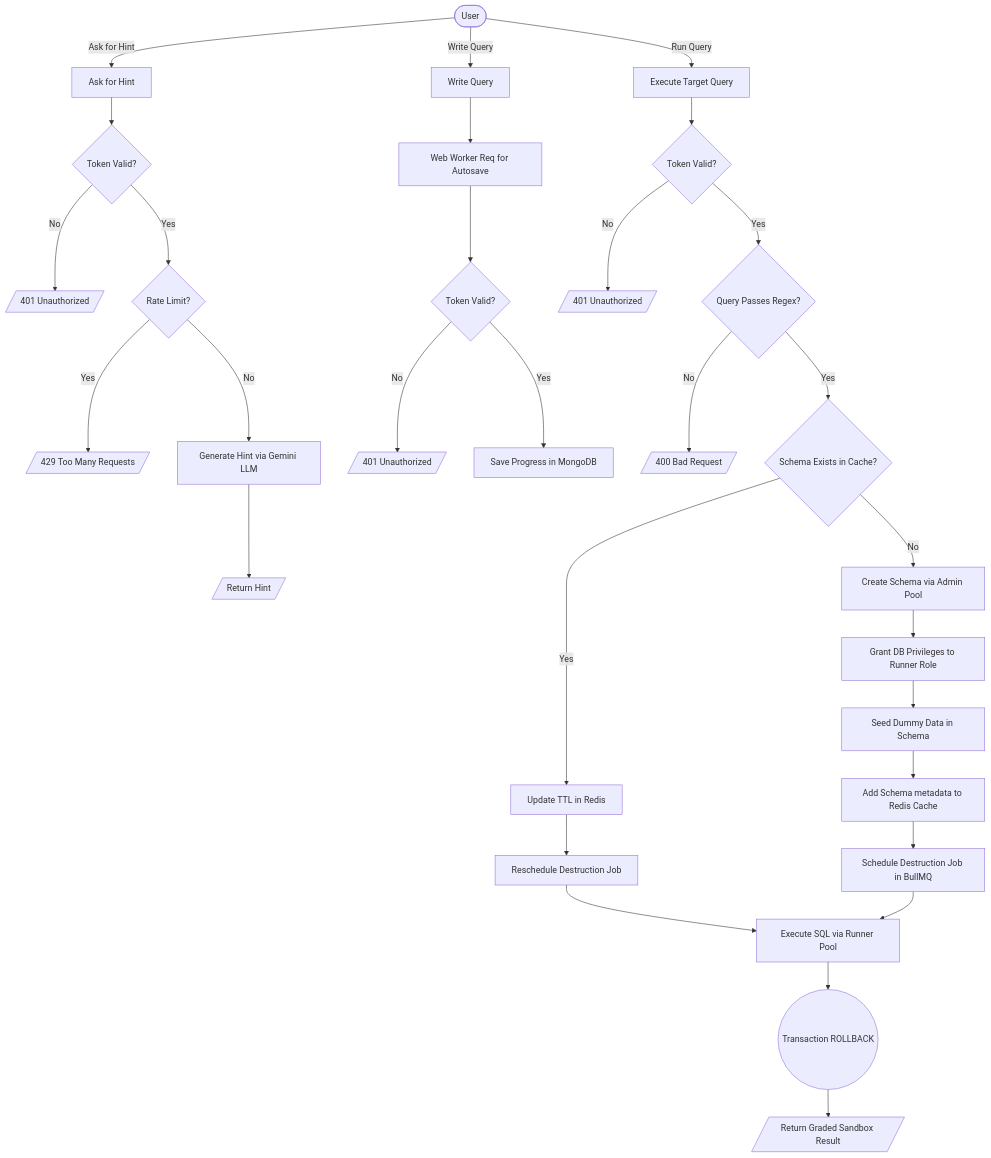
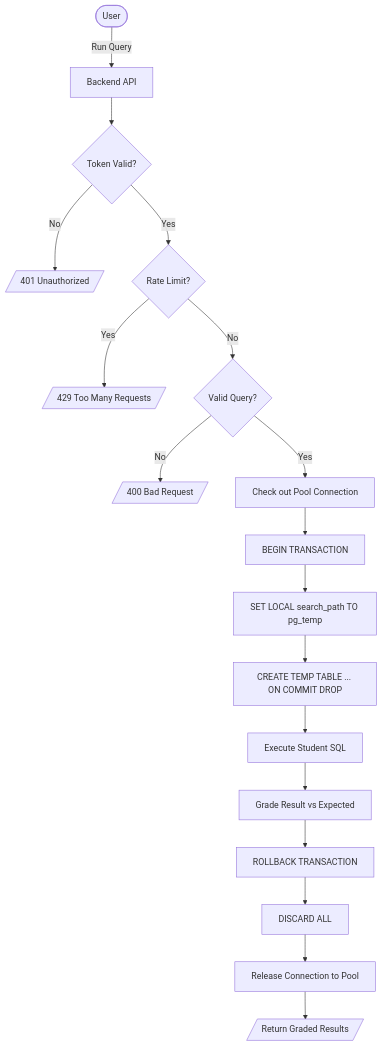
Before and after one commit to AyusGup/sql-web-editor: the second of 2 diagrams in README.md, drawn with Mermaid. The commit also changed other lines of this file and 2 other files, not shown here.

````diff
--- a/README.md
+++ b/README.md
@@ -175,40 +56,25 @@
 ```mermaid
 flowchart TD
-    User([User])
+    User([User]) -->|Run Query| API[Backend API]
+    API --> Token{Token Valid?}
+    Token -- No --> 401Err[/401 Unauthorized/]
     
-    User -->|Ask for Hint| Hint[Ask for Hint]
-    Hint --> TokenHint{Token Valid?}
-    TokenHint -- No --> 401Hint[/401 Unauthorized/]
-    TokenHint -- Yes --> RateLimit{Rate Limit?}
-    RateLimit -- Yes --> 429Hint[/429 Too Many Requests/]
-    RateLimit -- No --> GenHint[Generate Hint via Gemini LLM]
-    GenHint --> RetHint[/Return Hint/]
+    Token -- Yes --> Rate{Rate Limit?}
+    Rate -- Yes --> 429Err[/429 Too Many Requests/]
     
-    User -->|Write Query| Write[Write Query]
-    Write --> WWReq[Web Worker Req for Autosave]
-    WWReq --> TokenSave{Token Valid?}
-    TokenSave -- No --> 401Save[/401 Unauthorized/]
-    TokenSave -- Yes --> SaveDB[Save Progress in MongoDB]
+    Rate -- No --> Valid{Valid Query?}
+    Valid -- No --> 400Err[/400 Bad Request/]
     
-    User -->|Run Query| Run[Execute Target Query]
-    Run --> TokenRun{Token Valid?}
-    TokenRun -- No --> 401Run[/401 Unauthorized/]
-    TokenRun -- Yes --> Validation{Query Passes Regex?}
-    Validation -- No --> 400Run[/400 Bad Request/]
-    Validation -- Yes --> SchemaEx{Schema Exists in Cache?}
+    Valid -- Yes --> Conn[Check out Pool Connection]
+    Conn --> StartTx[BEGIN TRANSACTION]
+    StartTx --> SearchPath[SET LOCAL search_path TO pg_temp]
     
-    SchemaEx -- Yes --> UpdTTL[Update TTL in Redis]
-    UpdTTL --> Resched[Reschedule Destruction Job]
-    Resched --> ExecQ
+    SearchPath --> Seed[CREATE TEMP TABLE ... ON COMMIT DROP]
+    Seed --> UserExec[Execute Student SQL]
     
-    SchemaEx -- No --> CreateSch[Create Schema via Admin Pool]
-    CreateSch --> GrantPriv[Grant DB Privileges to Runner Role]
-    GrantPriv --> SeedData[Seed Dummy Data in Schema]
-    SeedData --> AddMeta[Add Schema metadata to Redis Cache]
-    AddMeta --> SchedJob[Schedule Destruction Job in BullMQ]
-    SchedJob --> ExecQ
-    
-    ExecQ[Execute SQL via Runner Pool]
-    ExecQ --> Rollback((Transaction ROLLBACK))
-    Rollback --> RetRes[/Return Graded Sandbox Result/]
+    UserExec --> Grade[Grade Result vs Expected]
+    Grade --> Rollback[ROLLBACK TRANSACTION]
+    Rollback --> Discard[DISCARD ALL]
+    Discard --> Release[Release Connection to Pool]
+    Release --> Ret[/Return Graded Results/]
 ```
````
